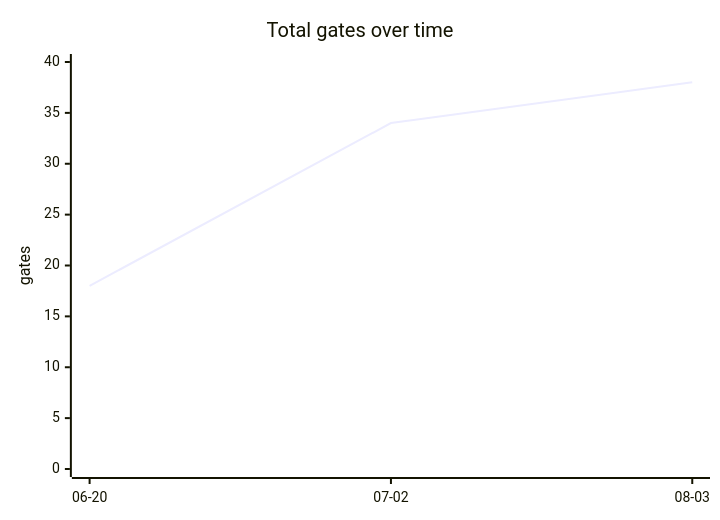
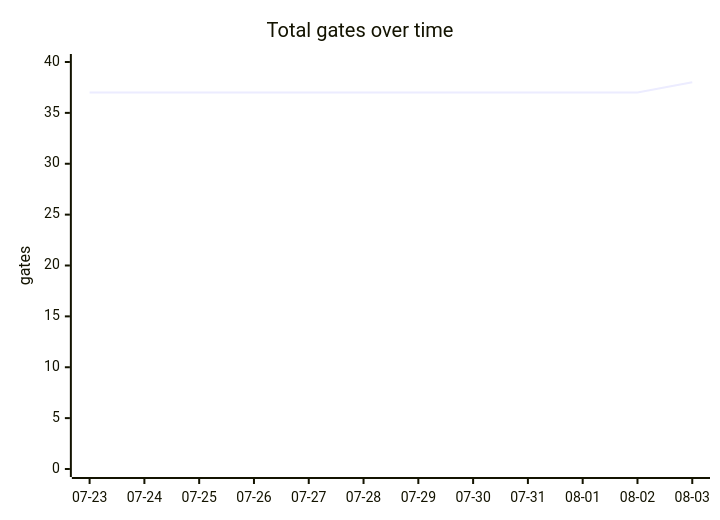
Before and after one commit to Yos-K/gatecrate: the third of 4 diagrams in docs/harness-status.md, drawn with Mermaid.

Commit message:
chore: refresh harness dashboard snapshot

````diff
--- a/docs/harness-status.md
+++ b/docs/harness-status.md
@@ -37,7 +37,7 @@
 ```mermaid
 xychart-beta
     title "Total gates over time"
-    x-axis ["06-20", "07-02", "08-03"]
+    x-axis ["07-23", "07-24", "07-25", "07-26", "07-27", "07-28", "07-29", "07-30", "07-31", "08-01", "08-02", "08-03"]
     y-axis "gates" 0 --> 40
-    line [18, 34, 38]
+    line [37, 37, 37, 37, 37, 37, 37, 37, 37, 37, 37, 38]
 ```
````
